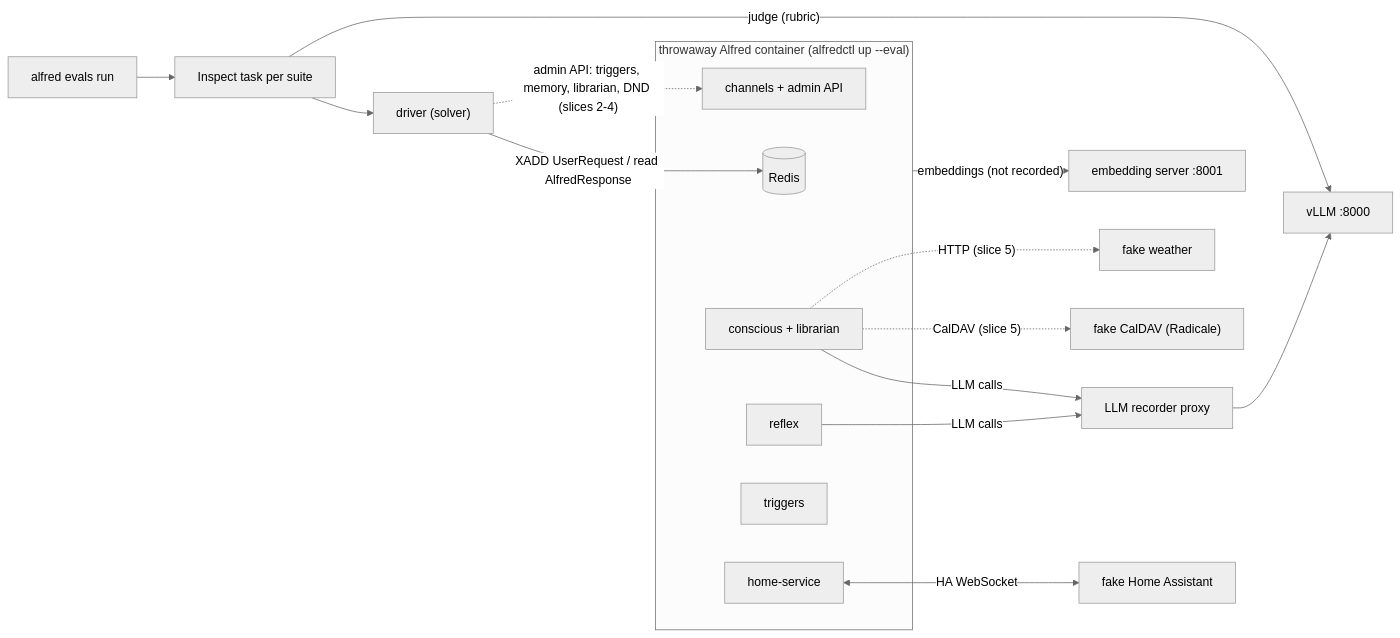
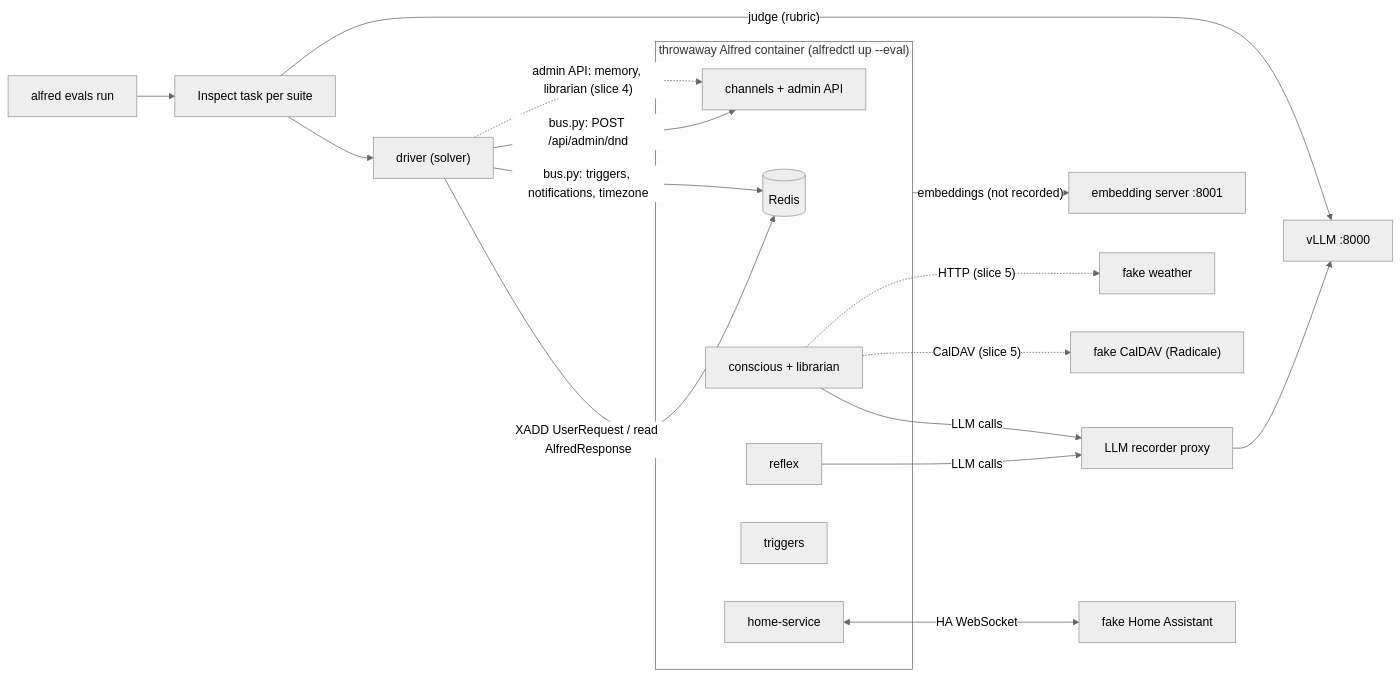
One commit to anirudhlath/alfred changed the first of 2 diagrams in docs/evals.md. Above: the diagram before and after it, drawn with Mermaid (neutral theme). The commit also changed other lines of this file and 89 other files, not shown here.

First line of the commit message:
feat(evals): PRD eval suite slice 2: reflex, triggers, notifications (#319)

````diff
--- a/docs/evals.md
+++ b/docs/evals.md
@@ -48,23 +48,25 @@
 ```mermaid
 flowchart LR
     CLI["alfred evals run"] --> Inspect["Inspect task per suite"]
     Inspect --> Driver["driver (solver)"]
     Driver -->|"XADD UserRequest / read AlfredResponse"| Redis
-    Driver -.->|"admin API: triggers, memory, librarian, DND (slices 2-4)"| Channels
+    Driver -->|"bus.py: triggers, notifications, timezone"| Redis
+    Driver -->|"bus.py: POST /api/admin/dnd"| Channels
+    Driver -.->|"admin API: memory, librarian (slice 4)"| Channels
     subgraph Container["throwaway Alfred container (alfredctl up --eval)"]
         Redis[(Redis)]
         Channels[channels + admin API]
         Conscious[conscious + librarian]
         Reflex[reflex]
         Triggers[triggers]
         HS[home-service]
     end
     Conscious -->|LLM calls| Proxy["LLM recorder proxy"]
     Reflex -->|LLM calls| Proxy
     Proxy --> VLLM["vLLM :8000"]
     Container -->|"embeddings (not recorded)"| Embed["embedding server :8001"]
     HS <-->|"HA WebSocket"| FakeHA["fake Home Assistant"]
     Conscious -.->|"CalDAV (slice 5)"| Radicale["fake CalDAV (Radicale)"]
     Conscious -.->|"HTTP (slice 5)"| FakeWeather["fake weather"]
     Inspect -->|"judge (rubric)"| VLLM
 ```
````
